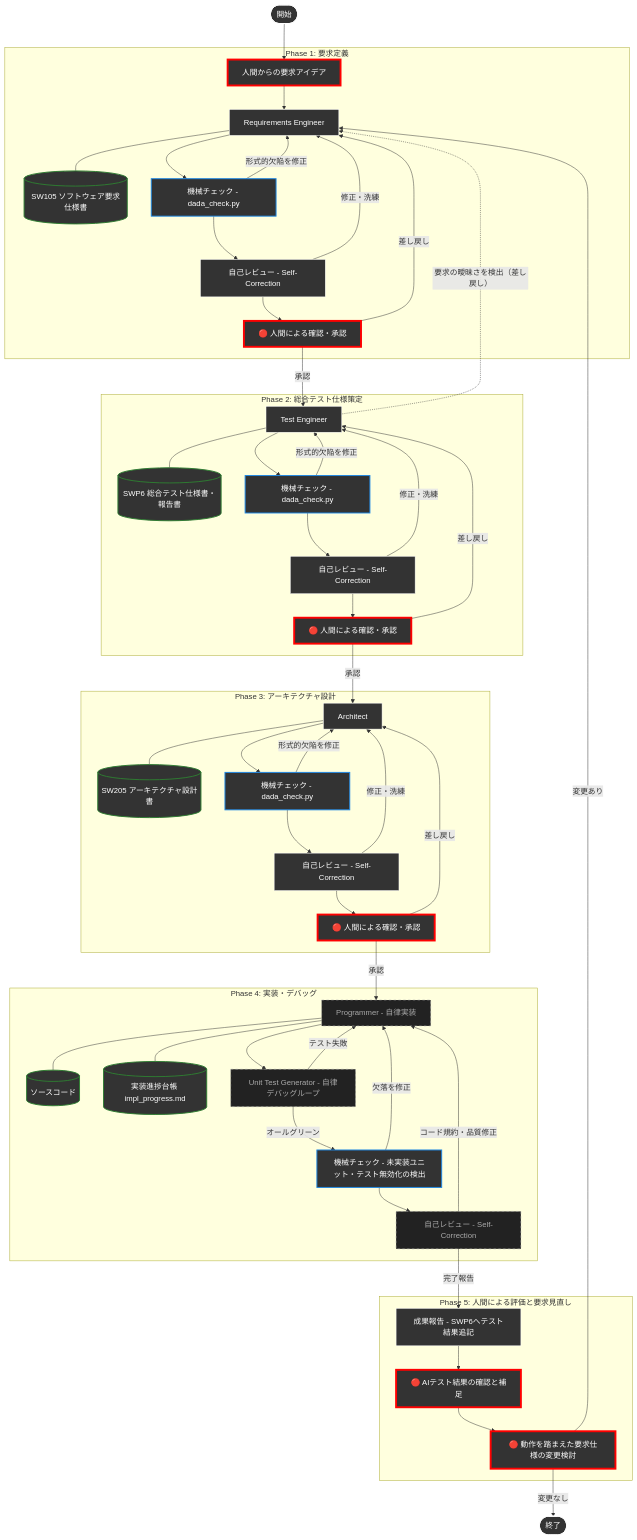
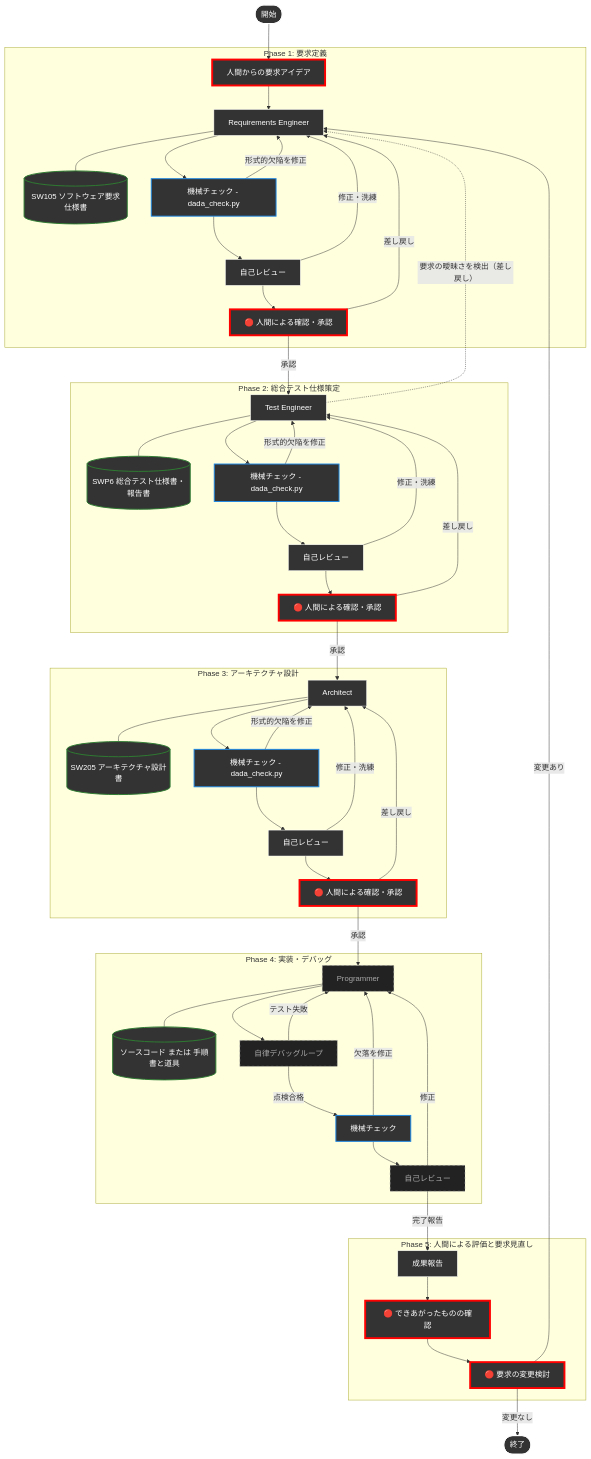
Before and after one commit to yamaPiT/DADAProcess: the first of 3 diagrams in README.md, drawn with Mermaid. The commit also changed other lines of this file and 35 other files, not shown here.

````diff
--- a/README.md
+++ b/README.md
@@ -251,73 +122,71 @@
 ```mermaid
 graph TD
     Start(["開始"]) --> UserReq["人間からの要求アイデア"]
 
     subgraph P1 ["Phase 1: 要求定義"]
         UserReq --> Req["Requirements Engineer"]
         Req --- ReqDoc[("SW105 ソフトウェア要求仕様書")]
         Req --> ReqChk["機械チェック - dada_check.py"]
         ReqChk -- 形式的欠陥を修正 --> Req
-        ReqChk --> ReqRev["自己レビュー - Self-Correction"]
+        ReqChk --> ReqRev["自己レビュー"]
         ReqRev -- 修正・洗練 --> Req
         ReqRev --> ReqHum["🔴 人間による確認・承認"]
         ReqHum -- 差し戻し --> Req
     end
 
     subgraph P2 ["Phase 2: 総合テスト仕様策定"]
         ReqHum -- 承認 --> TestPlan["Test Engineer"]
         TestPlan --- TestDoc[("SWP6 総合テスト仕様書・報告書")]
         TestPlan --> TestChk["機械チェック - dada_check.py"]
         TestChk -- 形式的欠陥を修正 --> TestPlan
-        TestChk --> TestRev["自己レビュー - Self-Correction"]
+        TestChk --> TestRev["自己レビュー"]
         TestRev -- 修正・洗練 --> TestPlan
         TestRev --> TestHum["🔴 人間による確認・承認"]
         TestHum -- 差し戻し --> TestPlan
     end
     TestPlan -. 要求の曖昧さを検出（差し戻し） .-> Req
 
     subgraph P3 ["Phase 3: アーキテクチャ設計"]
         TestHum -- 承認 --> Arch["Architect"]
         Arch --- ArchDoc[("SW205 アーキテクチャ設計書")]
         Arch --> ArchChk["機械チェック - dada_check.py"]
         ArchChk -- 形式的欠陥を修正 --> Arch
-        ArchChk --> ArchRev["自己レビュー - Self-Correction"]
+        ArchChk --> ArchRev["自己レビュー"]
         ArchRev -- 修正・洗練 --> Arch
         ArchRev --> ArchHum["🔴 人間による確認・承認"]
         ArchHum -- 差し戻し --> Arch
     end
 
     subgraph P4 ["Phase 4: 実装・デバッグ"]
-        ArchHum -- 承認 --> Impl["Programmer - 自律実装"]
-        Impl --- ProgDoc[("ソースコード")]
-        Impl --- Ledger[("実装進捗台帳 impl_progress.md")]
-        Impl --> ImplLoop["Unit Test Generator - 自律デバッグループ"]
+        ArchHum -- 承認 --> Impl["Programmer"]
+        Impl --- ProgDoc[("ソースコード または 手順書と道具")]
+        Impl --> ImplLoop["自律デバッグループ"]
         ImplLoop -- テスト失敗 --> Impl
-        ImplLoop -- オールグリーン --> CodeChk["機械チェック - 未実装ユニット・テスト無効化の検出"]
+        ImplLoop -- 点検合格 --> CodeChk["機械チェック"]
         CodeChk -- 欠落を修正 --> Impl
-        CodeChk --> CodeRev["自己レビュー - Self-Correction"]
-        CodeRev -- コード規約・品質修正 --> Impl
+        CodeChk --> CodeRev["自己レビュー"]
+        CodeRev -- 修正 --> Impl
     end
 
     subgraph P5 ["Phase 5: 人間による評価と要求見直し"]
-        CodeRev -- 完了報告 --> Report["成果報告 - SWP6へテスト結果追記"]
-        Report --> Eval1["🔴 AIテスト結果の確認と補足"]
-        Eval1 --> Eval2["🔴 動作を踏まえた要求仕様の変更検討"]
+        CodeRev -- 完了報告 --> Report["成果報告"]
+        Report --> Eval1["🔴 できあがったものの確認"]
+        Eval1 --> Eval2["🔴 要求の変更検討"]
     end
     Eval2 -- 変更あり --> Req
     Eval2 -- 変更なし --> End(["終了"])
 
-    %% スタイル定義
     classDef human fill:#333333,stroke:#ff0000,stroke-width:4px,color:#ffffff;
     classDef agent fill:#333333,stroke:#FFFFFF,stroke-width:1px,color:#ffffff;
     classDef doc fill:#333333,stroke:#2e7d32,stroke-width:2px,color:#ffffff;
     classDef tool fill:#333333,stroke:#1e88e5,stroke-width:2px,color:#ffffff;
     classDef hiddenAgent fill:#222222,stroke:#aaaaaa,stroke-width:1px,stroke-dasharray: 5 5,color:#aaaaaa;
     classDef startEnd fill:#333333,stroke:#ffffff,stroke-width:2px,color:#ffffff;
 
     class UserReq,ReqHum,ArchHum,TestHum,Eval1,Eval2 human;
     class Req,ReqRev,Arch,ArchRev,TestPlan,TestRev,Report agent;
     class ReqChk,TestChk,ArchChk,CodeChk tool;
     class Impl,ImplLoop,CodeRev hiddenAgent;
-    class ReqDoc,ArchDoc,ProgDoc,TestDoc,Ledger doc;
+    class ReqDoc,ArchDoc,ProgDoc,TestDoc doc;
     class Start,End startEnd;
 ```
````
